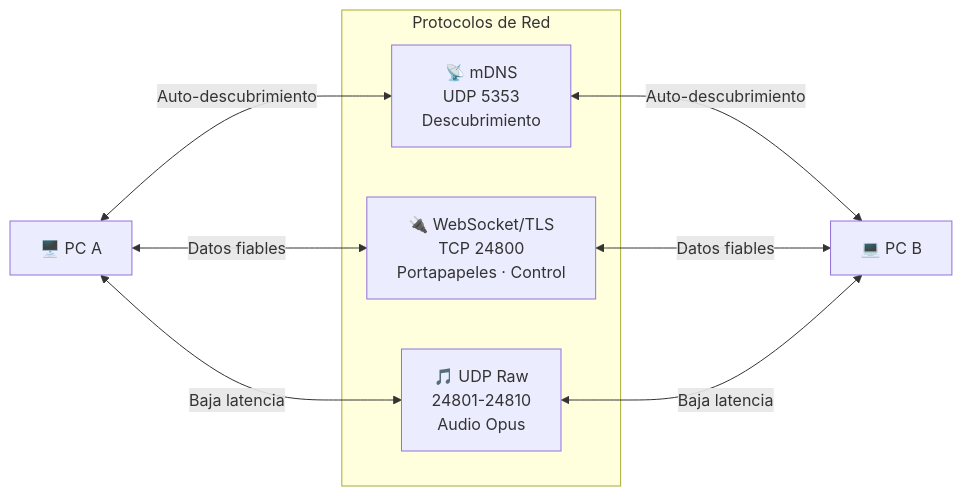
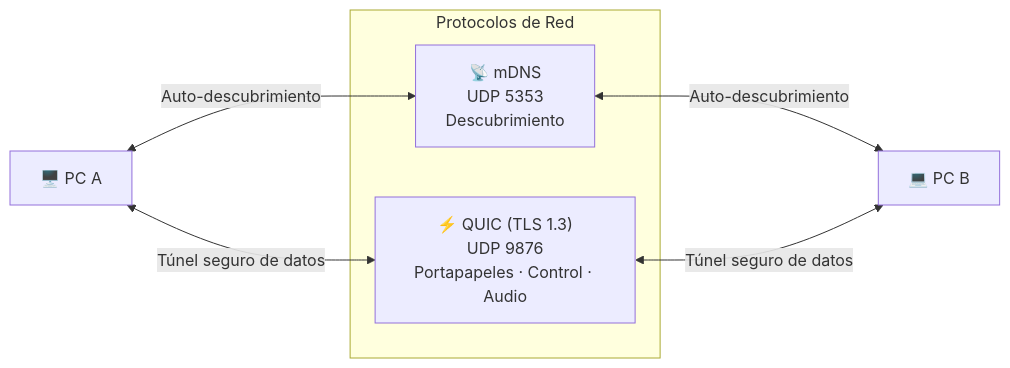
Before and after one commit to ChronosXCore/pc-conector: the diagram in docs/TECH_STACK.md, drawn with Mermaid. The commit also changed other lines of this file and 4 other files, not shown here.

````diff
--- a/docs/TECH_STACK.md
+++ b/docs/TECH_STACK.md
@@ -60,17 +61,13 @@
 ```mermaid
 graph LR
     subgraph Protocolos["Protocolos de Red"]
         mDNS["📡 mDNS\nUDP 5353\nDescubrimiento"]
-        WS["🔌 WebSocket/TLS\nTCP 24800\nPortapapeles · Control"]
-        UDP["🎵 UDP Raw\n24801-24810\nAudio Opus"]
+        QUIC["⚡ QUIC (TLS 1.3)\nUDP 9876\nPortapapeles · Control · Audio"]
     end
 
     PCA["🖥️ PC A"] <-->|"Auto-descubrimiento"| mDNS
     mDNS <-->|"Auto-descubrimiento"| PCB["💻 PC B"]
     
-    PCA <-->|"Datos fiables"| WS
-    WS <-->|"Datos fiables"| PCB
-    
-    PCA <-->|"Baja latencia"| UDP
-    UDP <-->|"Baja latencia"| PCB
+    PCA <-->|"Túnel seguro de datos"| QUIC
+    QUIC <-->|"Túnel seguro de datos"| PCB
 ```
````
